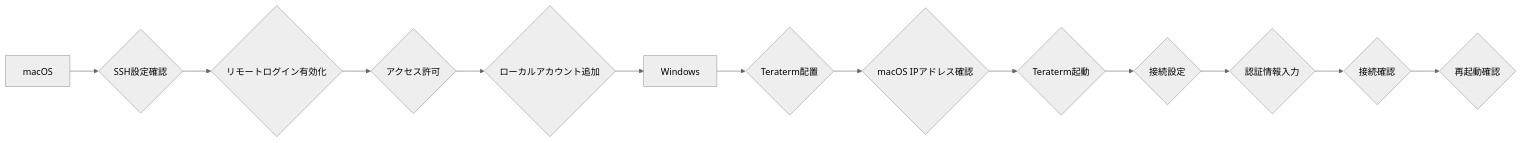
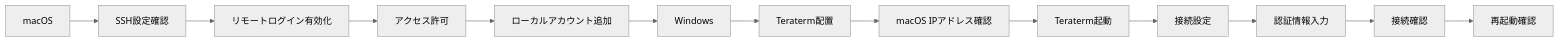
The eighth of 8 diagrams in README.md (SparklingDetergent/doc_genai_Using_Generative_AI_with_Mac_Mini_M1_-Server_Setup-), drawn with Mermaid (neutral theme) before and after one commit. The commit also changed other lines of this file, not shown here.

````diff
--- a/README.md
+++ b/README.md
@@ -429,15 +429,15 @@
 ```mermaid
 graph LR
-    A[macOS] --> B{SSH設定確認}
-    B --> C{リモートログイン有効化}
-    C --> D{アクセス許可}
-    D --> E{ローカルアカウント追加}
+    A[macOS] --> B[SSH設定確認]
+    B --> C[リモートログイン有効化]
+    C --> D[アクセス許可]
+    D --> E[ローカルアカウント追加]
     E --> F[Windows]
-    F --> G{Teraterm配置}
-    G --> H{macOS IPアドレス確認}
-    H --> I{Teraterm起動}
-    I --> J{接続設定}
-    J --> K{認証情報入力}
-    K --> L{接続確認}
-    L --> M{再起動確認}
+    F --> G[Teraterm配置]
+    G --> H[macOS IPアドレス確認]
+    H --> I[Teraterm起動]
+    I --> J[接続設定]
+    J --> K[認証情報入力]
+    K --> L[接続確認]
+    L --> M[再起動確認]
 ```
````
